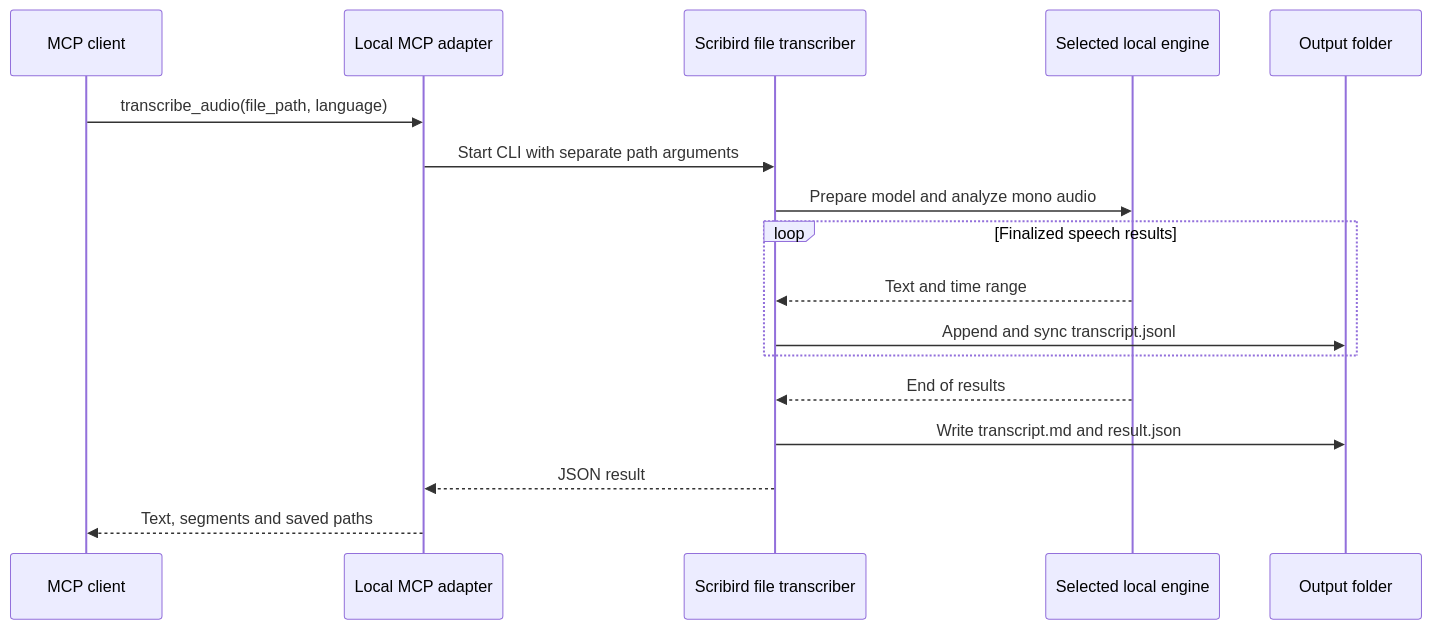
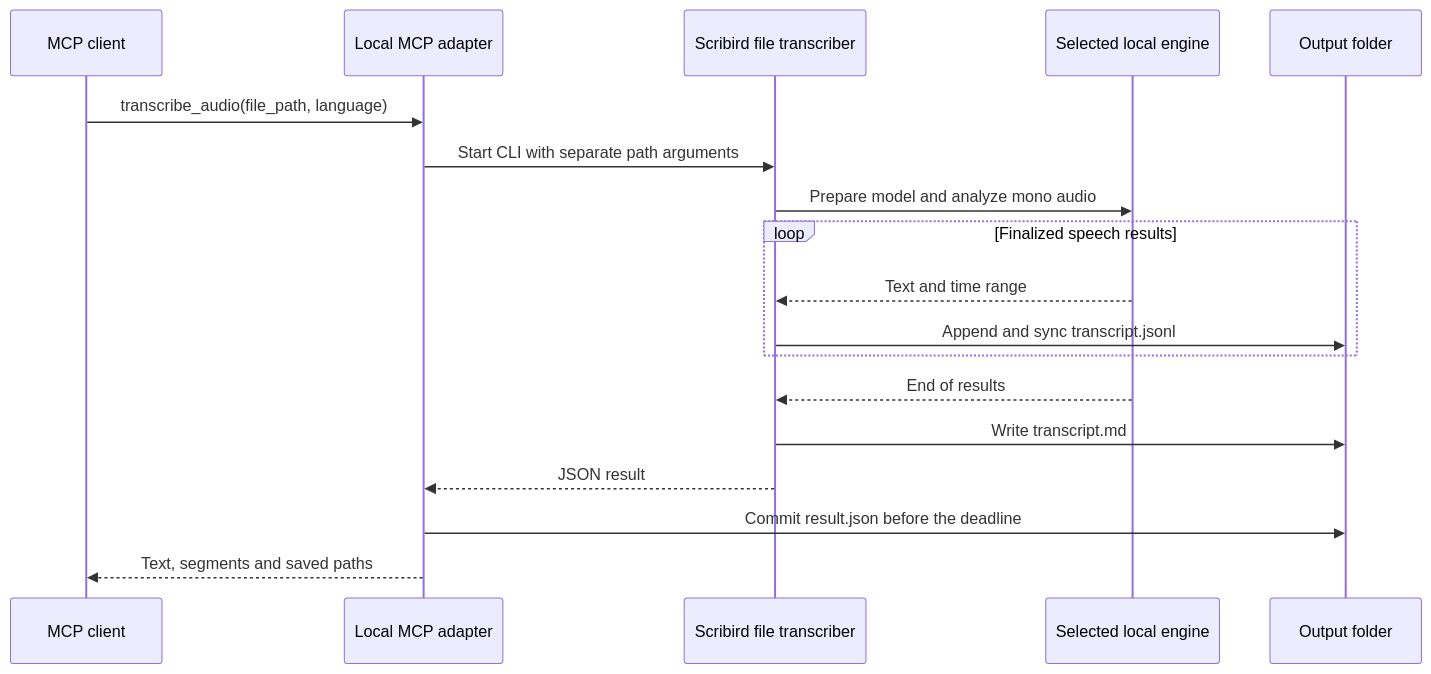
Before and after one commit to haandol/scribird: the diagram in mcp/file-transcription.md, drawn with Mermaid. The commit also changed other lines of this file and 37 other files, not shown here.

````diff
--- a/mcp/file-transcription.md
+++ b/mcp/file-transcription.md
@@ -129,19 +133,20 @@
 ```mermaid
 sequenceDiagram
     participant Client as MCP client
     participant Adapter as Local MCP adapter
     participant App as Scribird file transcriber
     participant ASR as Selected local engine
     participant Disk as Output folder
     Client->>Adapter: transcribe_audio(file_path, language)
     Adapter->>App: Start CLI with separate path arguments
     App->>ASR: Prepare model and analyze mono audio
     loop Finalized speech results
         ASR-->>App: Text and time range
         App->>Disk: Append and sync transcript.jsonl
     end
     ASR-->>App: End of results
-    App->>Disk: Write transcript.md and result.json
+    App->>Disk: Write transcript.md
     App-->>Adapter: JSON result
+    Adapter->>Disk: Commit result.json before the deadline
     Adapter-->>Client: Text, segments and saved paths
 ```
````
